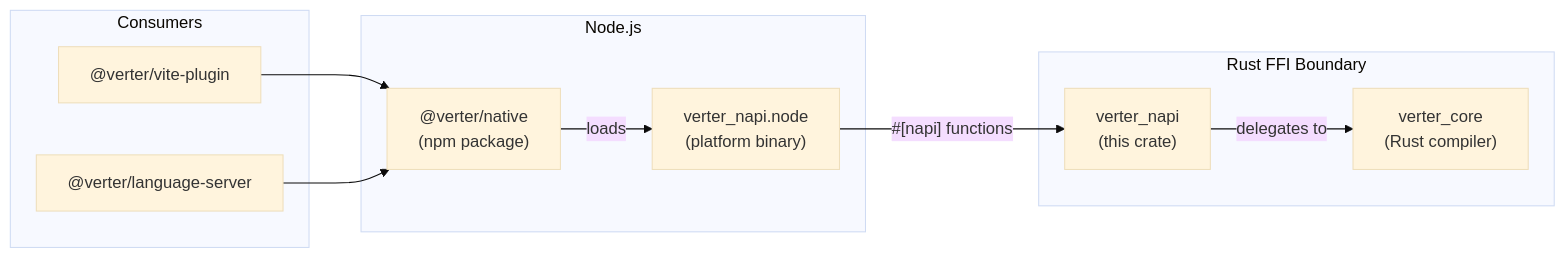
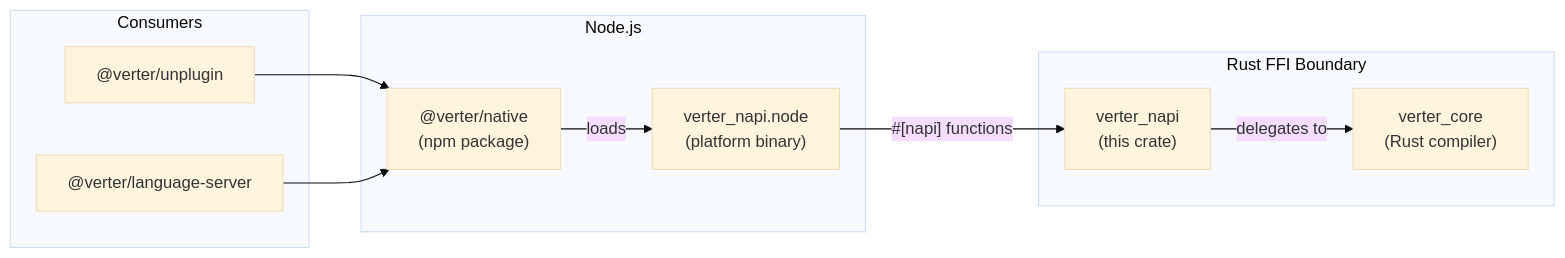
Before and after one commit to pikax/verter: the first of 2 diagrams in crates/verter_napi/README.md, drawn with Mermaid (base theme). The commit also changed 19 other files, not shown here.

Commit message:
remove vite-plugin

````diff
--- a/crates/verter_napi/README.md
+++ b/crates/verter_napi/README.md
@@ -10,16 +10,16 @@
 ```mermaid
 graph LR
     subgraph "Node.js"
         A["@verter/native<br/>(npm package)"] -->|loads| B["verter_napi.node<br/>(platform binary)"]
     end
 
     subgraph "Rust FFI Boundary"
         B -->|"#[napi] functions"| C["verter_napi<br/>(this crate)"]
         C -->|delegates to| D["verter_core<br/>(Rust compiler)"]
     end
 
     subgraph "Consumers"
-        E["@verter/vite-plugin"] --> A
+        E["@verter/unplugin"] --> A
         F["@verter/language-server"] --> A
     end
 ```
````
